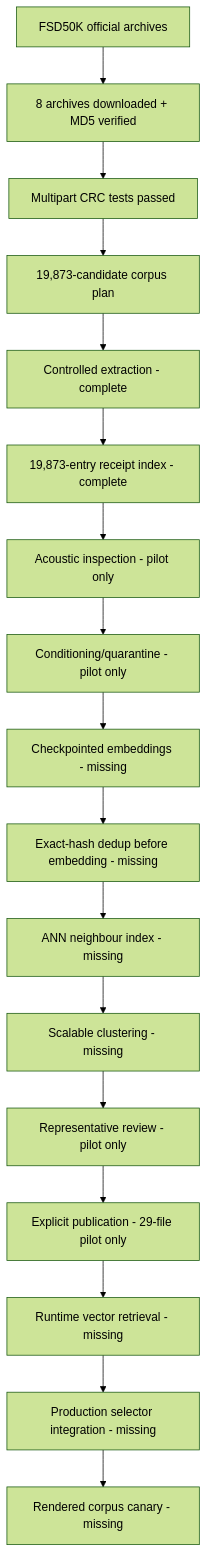
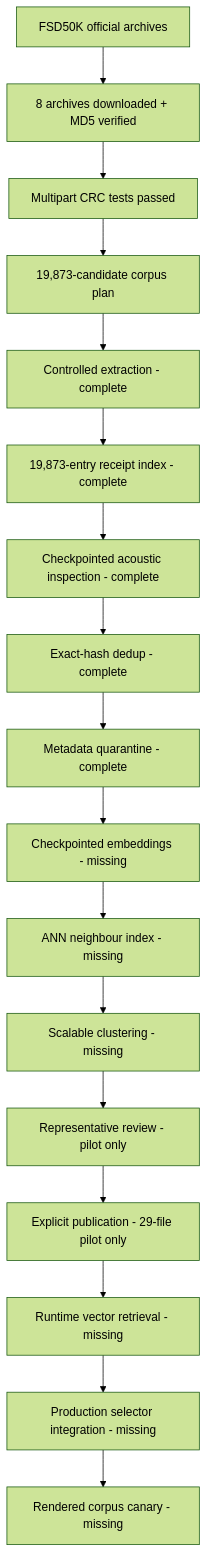
The third of 3 diagrams in docs/AUDIO_SFX_PRODUCTION_AUDIT_2026-07-28.md (HAUNTING-EYES/insturix), drawn with Mermaid (forest theme) before and after one commit. The commit also changed other lines of this file and 4 other files, not shown here.

````diff
--- a/docs/AUDIO_SFX_PRODUCTION_AUDIT_2026-07-28.md
+++ b/docs/AUDIO_SFX_PRODUCTION_AUDIT_2026-07-28.md
@@ -215,19 +216,19 @@
 ```mermaid
 flowchart TD
   A["FSD50K official archives"] --> B["8 archives downloaded + MD5 verified"]
   B --> C["Multipart CRC tests passed"]
   C --> D["19,873-candidate corpus plan"]
   D --> E["Controlled extraction - complete"]
   E --> F["19,873-entry receipt index - complete"]
-  F --> G["Acoustic inspection - pilot only"]
-  G --> H["Conditioning/quarantine - pilot only"]
-  H --> I["Checkpointed embeddings - missing"]
-  I --> J["Exact-hash dedup before embedding - missing"]
+  F --> G["Checkpointed acoustic inspection - complete"]
+  G --> H["Exact-hash dedup - complete"]
+  H --> I["Metadata quarantine - complete"]
+  I --> J["Checkpointed embeddings - missing"]
   J --> K["ANN neighbour index - missing"]
   K --> L["Scalable clustering - missing"]
   L --> M["Representative review - pilot only"]
   M --> N["Explicit publication - 29-file pilot only"]
   N --> O["Runtime vector retrieval - missing"]
   O --> P["Production selector integration - missing"]
   P --> Q["Rendered corpus canary - missing"]
 ```
````
